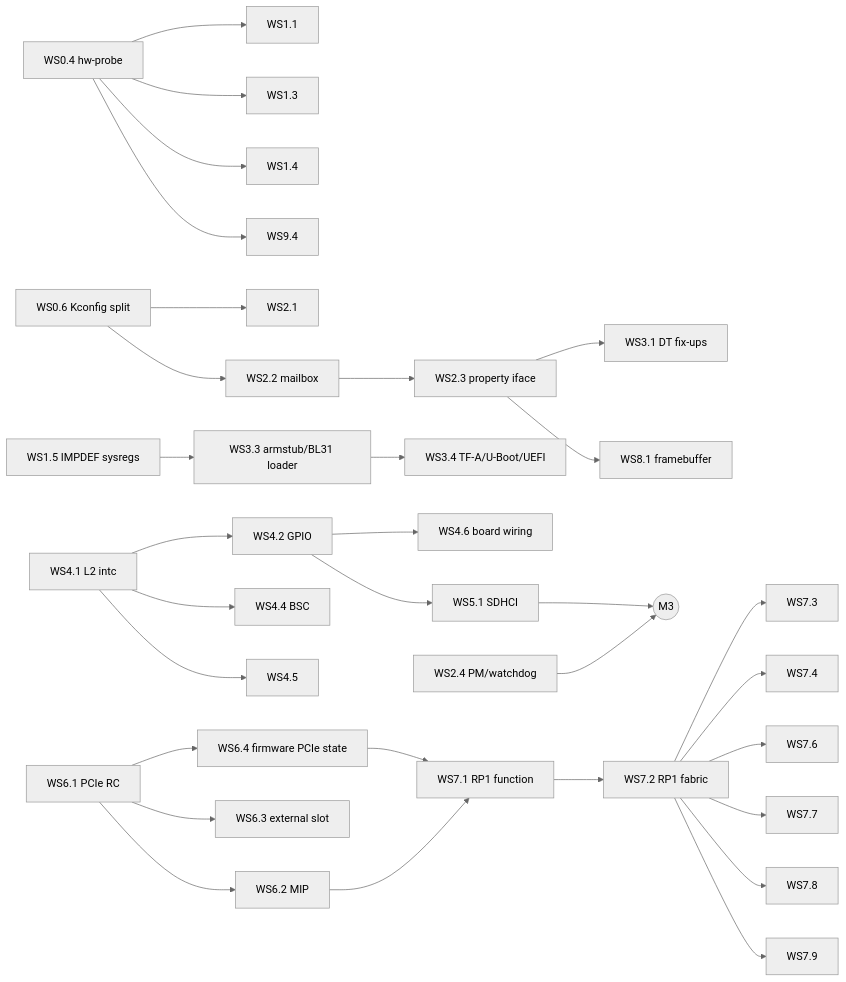
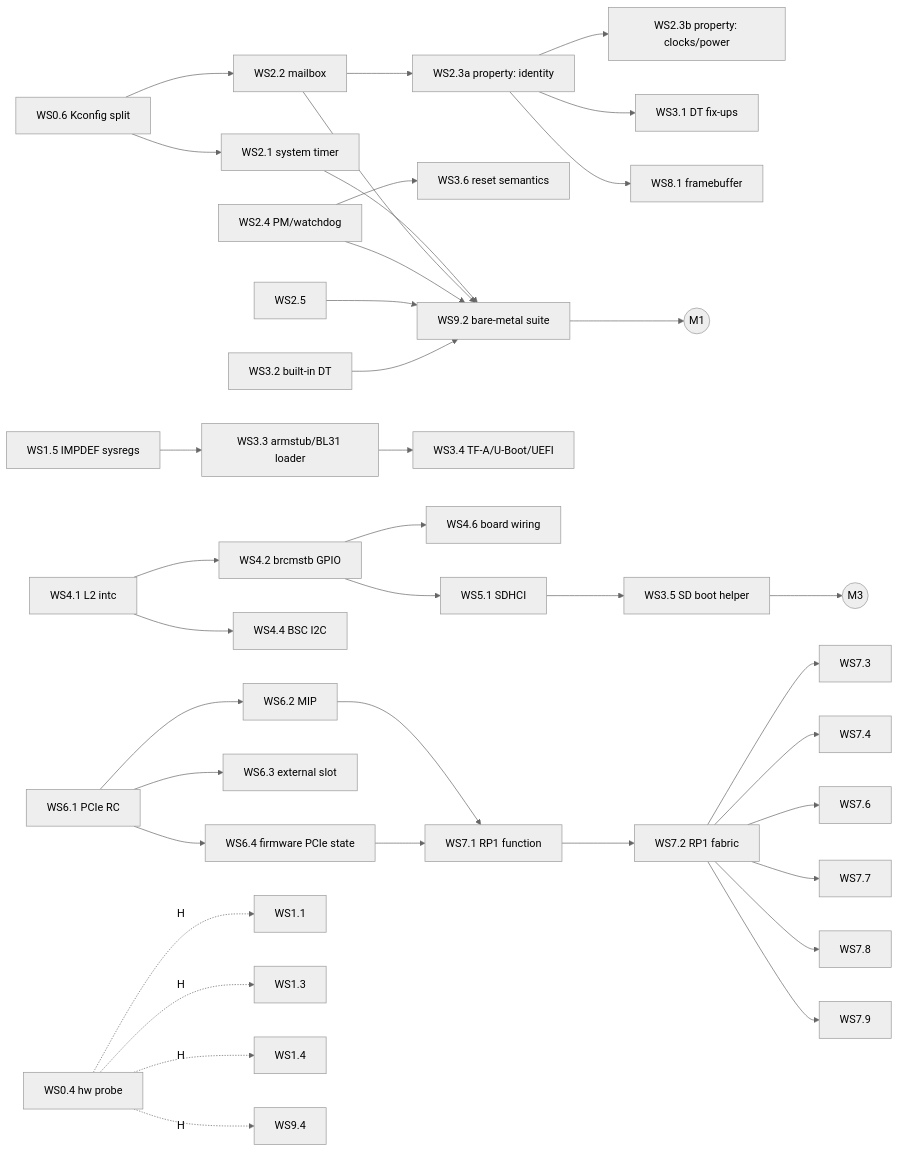
The diagram in docs/PLAN.md (hatter6822/rpi5_machine), drawn with Mermaid (neutral theme) before and after one commit. The commit also changed other lines of this file and 8 other files, not shown here.

````diff
--- a/docs/PLAN.md
+++ b/docs/PLAN.md
@@ -86,17 +100,18 @@
 ```mermaid
 graph LR
-  WS0.4[WS0.4 hw-probe] --> WS1.1 & WS1.3 & WS1.4 & WS9.4
-  WS0.6[WS0.6 Kconfig split] --> WS2.1 & WS2.2
-  WS2.2[WS2.2 mailbox] --> WS2.3[WS2.3 property iface]
-  WS2.3 --> WS3.1[WS3.1 DT fix-ups] & WS8.1[WS8.1 framebuffer]
-  WS1.5[WS1.5 IMPDEF sysregs] --> WS3.3[WS3.3 armstub/BL31 loader]
-  WS3.3 --> WS3.4[WS3.4 TF-A/U-Boot/UEFI]
-  WS4.1[WS4.1 L2 intc] --> WS4.2[WS4.2 GPIO] & WS4.4[WS4.4 BSC] & WS4.5
+  WS0.6[WS0.6 Kconfig split] --> WS2.1[WS2.1 system timer] & WS2.2[WS2.2 mailbox]
+  WS2.2 --> WS2.3a[WS2.3a property: identity]
+  WS2.3a --> WS2.3b[WS2.3b property: clocks/power] & WS3.1[WS3.1 DT fix-ups] & WS8.1[WS8.1 framebuffer]
+  WS2.4[WS2.4 PM/watchdog] --> WS3.6[WS3.6 reset semantics]
+  WS2.1 & WS2.2 & WS2.4 & WS2.5 --> WS9.2[WS9.2 bare-metal suite]
+  WS3.2[WS3.2 built-in DT] --> WS9.2
+  WS9.2 --> M1((M1))
+  WS1.5[WS1.5 IMPDEF sysregs] --> WS3.3[WS3.3 armstub/BL31 loader] --> WS3.4[WS3.4 TF-A/U-Boot/UEFI]
+  WS4.1[WS4.1 L2 intc] --> WS4.2[WS4.2 brcmstb GPIO] & WS4.4[WS4.4 BSC I2C]
   WS4.2 --> WS4.6[WS4.6 board wiring] & WS5.1[WS5.1 SDHCI]
-  WS5.1 --> M3((M3))
-  WS2.4[WS2.4 PM/watchdog] --> M3
-  WS6.1[WS6.1 PCIe RC] --> WS6.2[WS6.2 MIP] & WS6.3[WS6.3 external slot] & WS6.4
-  WS6.4[WS6.4 firmware PCIe state] --> WS7.1[WS7.1 RP1 function]
-  WS6.2 --> WS7.1
-  WS7.1 --> WS7.2[WS7.2 RP1 fabric] --> WS7.3 & WS7.4 & WS7.6 & WS7.7 & WS7.8 & WS7.9
+  WS5.1 --> WS3.5[WS3.5 SD boot helper] --> M3((M3))
+  WS6.1[WS6.1 PCIe RC] --> WS6.2[WS6.2 MIP] & WS6.3[WS6.3 external slot] & WS6.4[WS6.4 firmware PCIe state]
+  WS6.2 & WS6.4 --> WS7.1[WS7.1 RP1 function] --> WS7.2[WS7.2 RP1 fabric]
+  WS7.2 --> WS7.3 & WS7.4 & WS7.6 & WS7.7 & WS7.8 & WS7.9
+  WS0.4[WS0.4 hw probe] -. H .-> WS1.1 & WS1.3 & WS1.4 & WS9.4
 ```
````
